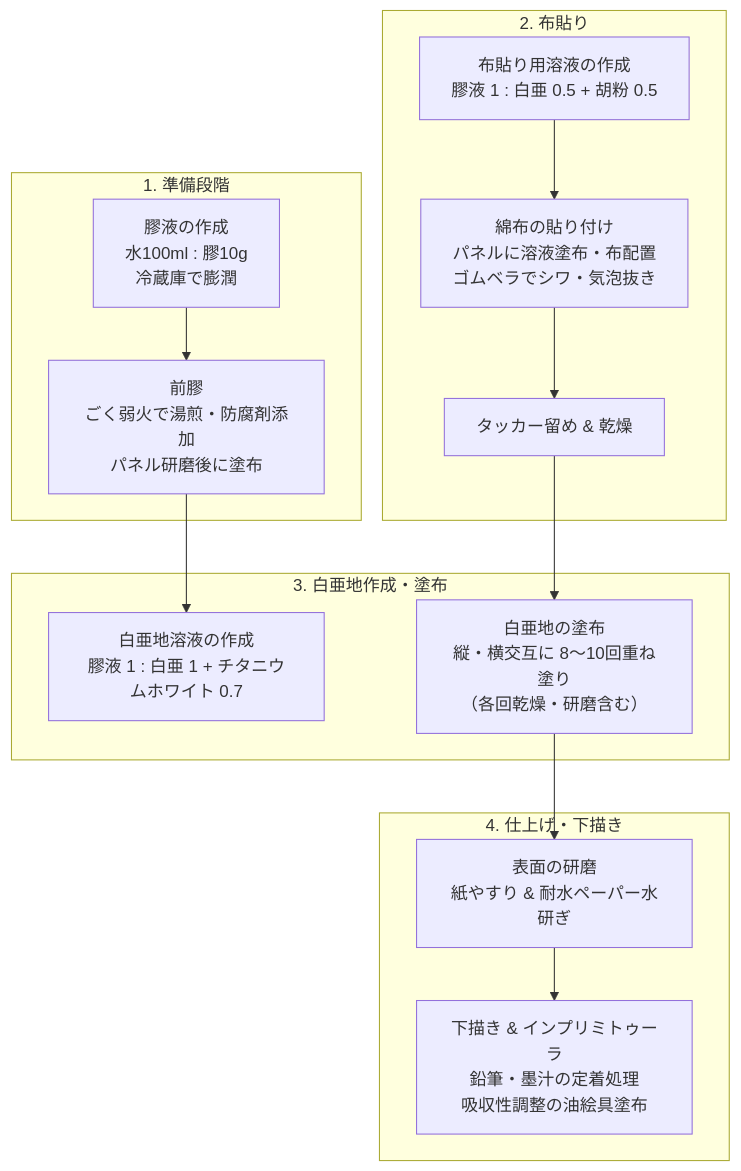
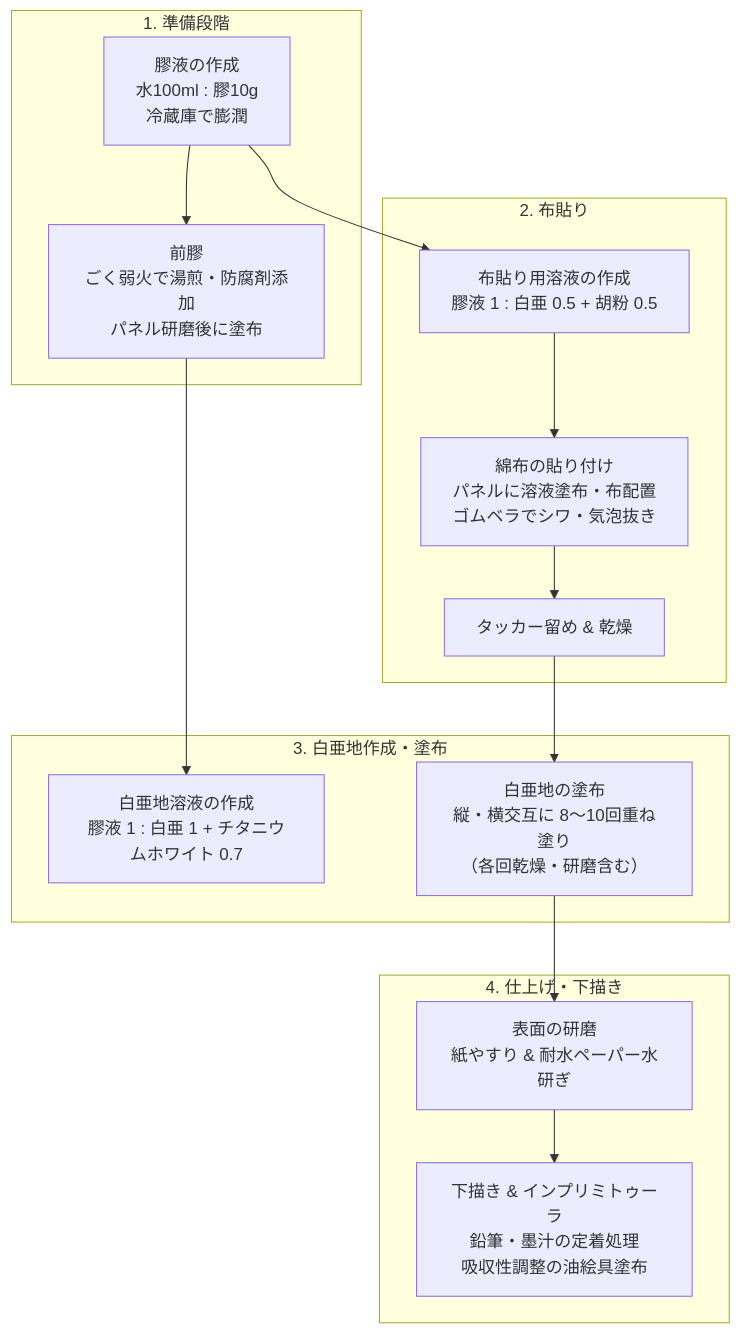
The diagram in contents/art/ChalkGround.md (mizunomidori/painters-wisdom), drawn with Mermaid before and after one commit.

Commit message:
Show glue dependency in chalk ground flowchart

````diff
--- a/contents/art/ChalkGround.md
+++ b/contents/art/ChalkGround.md
@@ -14,21 +14,23 @@
 ```mermaid
 flowchart TD
     subgraph preparation["1. 準備段階"]
         A[膠液の作成<br>水100ml : 膠10g<br>冷蔵庫で膨潤] --> B[前膠<br>ごく弱火で湯煎・防腐剤添加<br>パネル研磨後に塗布]
     end
 
     subgraph fabric["2. 布貼り"]
         C[布貼り用溶液の作成<br>膠液 1 : 白亜 0.5 + 胡粉 0.5] --> D[綿布の貼り付け<br>パネルに溶液塗布・布配置<br>ゴムベラでシワ・気泡抜き]
         D --> E[タッカー留め & 乾燥]
     end
 
+    A --> C
+
     subgraph ground["3. 白亜地作成・塗布"]
         B --> F[白亜地溶液の作成<br>膠液 1 : 白亜 1 + チタニウムホワイト 0.7]
         E --> G[白亜地の塗布<br>縦・横交互に 8〜10回重ね塗り<br>（各回乾燥・研磨含む）]
     end
 
     subgraph finishing["4. 仕上げ・下描き"]
         G --> H[表面の研磨<br>紙やすり & 耐水ペーパー水研ぎ]
         H --> I[下描き & インプリミトゥーラ<br>鉛筆・墨汁の定着処理<br>吸収性調整の油絵具塗布]
     end
 ```
````
